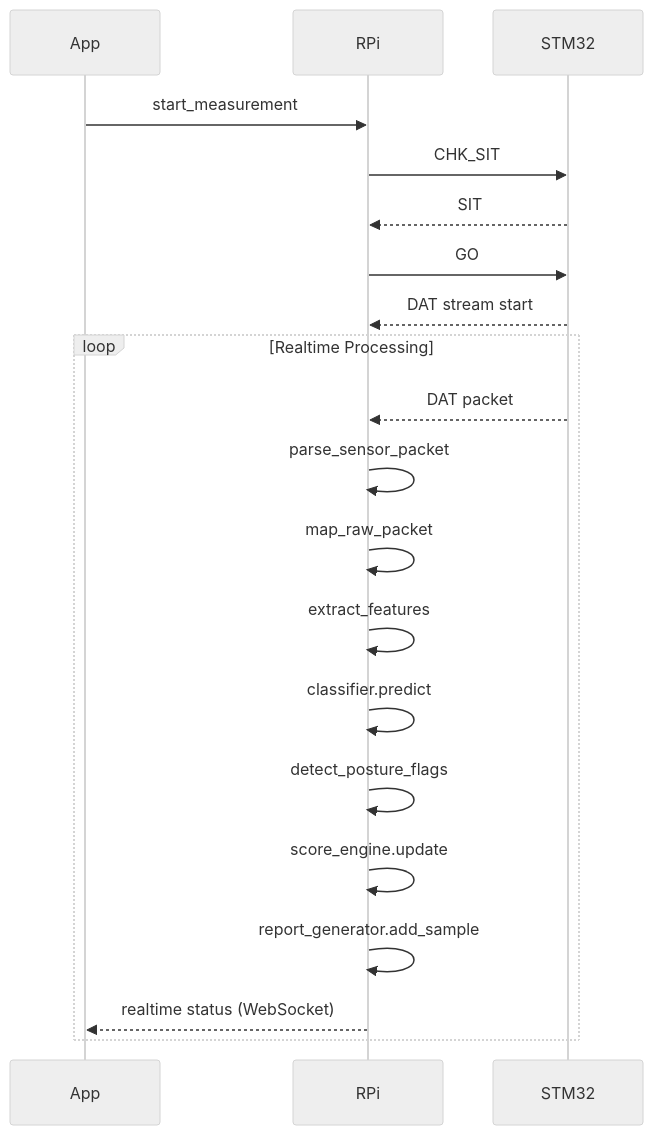
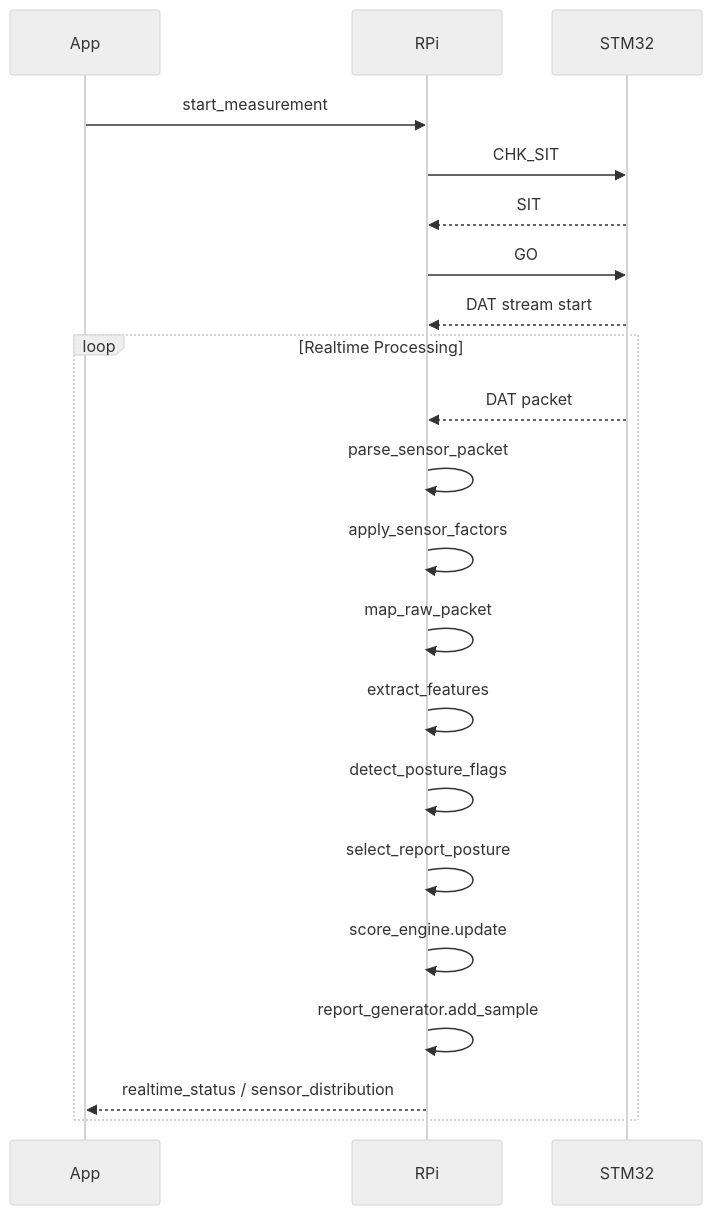
Before and after one commit to gwonxhj/edge-posture-monitor: the first of 4 diagrams in docs/runtime_sequence.md, drawn with Mermaid (neutral theme). The commit also changed other lines of this file and 9 other files, not shown here.

Commit message:
docs: refine posture logic, database schema, and validation scope for final portfolio

````diff
--- a/docs/runtime_sequence.md
+++ b/docs/runtime_sequence.md
@@ -17,27 +17,27 @@
 ```mermaid
 sequenceDiagram
     participant App
     participant RPi
     participant STM32
 
     App ->> RPi: start_measurement
     RPi ->> STM32: CHK_SIT
     STM32 -->> RPi: SIT
 
     RPi ->> STM32: GO
     STM32 -->> RPi: DAT stream start
 
     loop Realtime Processing
         STM32 -->> RPi: DAT packet
 
         RPi ->> RPi: parse_sensor_packet
+        RPi ->> RPi: apply_sensor_factors
         RPi ->> RPi: map_raw_packet
         RPi ->> RPi: extract_features
-        RPi ->> RPi: classifier.predict
         RPi ->> RPi: detect_posture_flags
+        RPi ->> RPi: select_report_posture
         RPi ->> RPi: score_engine.update
         RPi ->> RPi: report_generator.add_sample
-
-        RPi -->> App: realtime status (WebSocket)
+        RPi -->> App: realtime_status / sensor_distribution
     end
 ```
````
